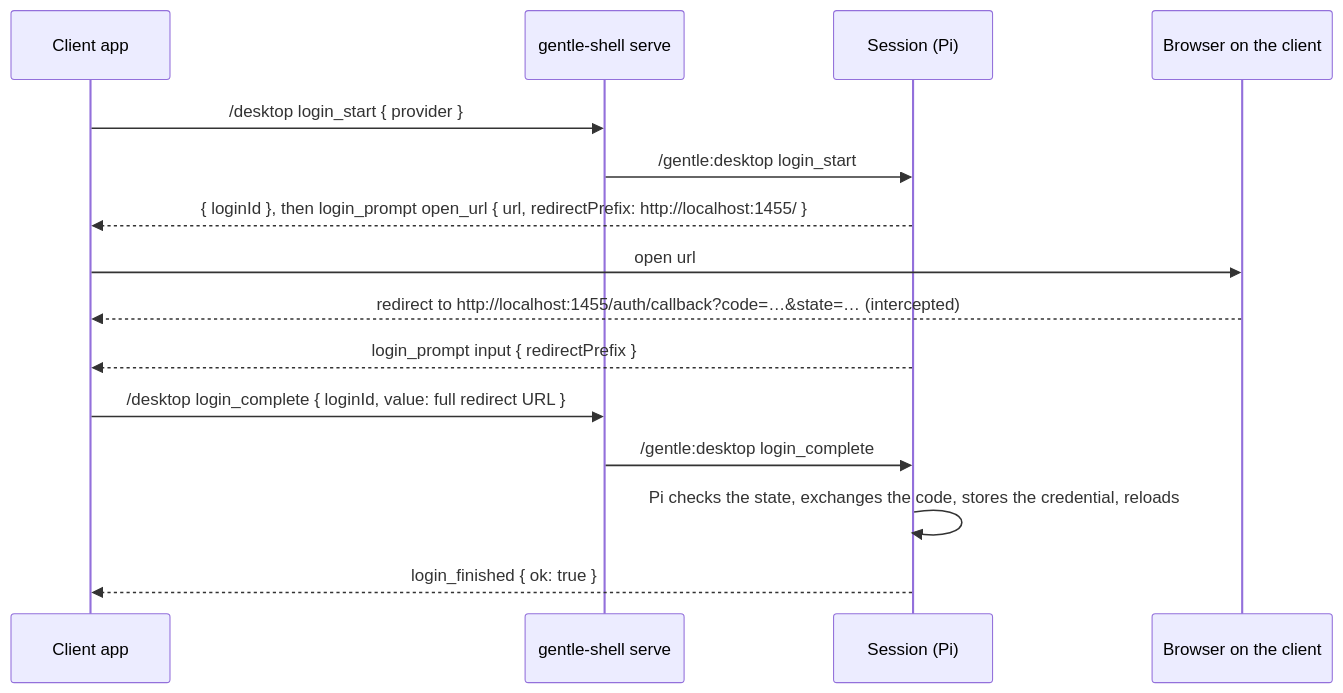
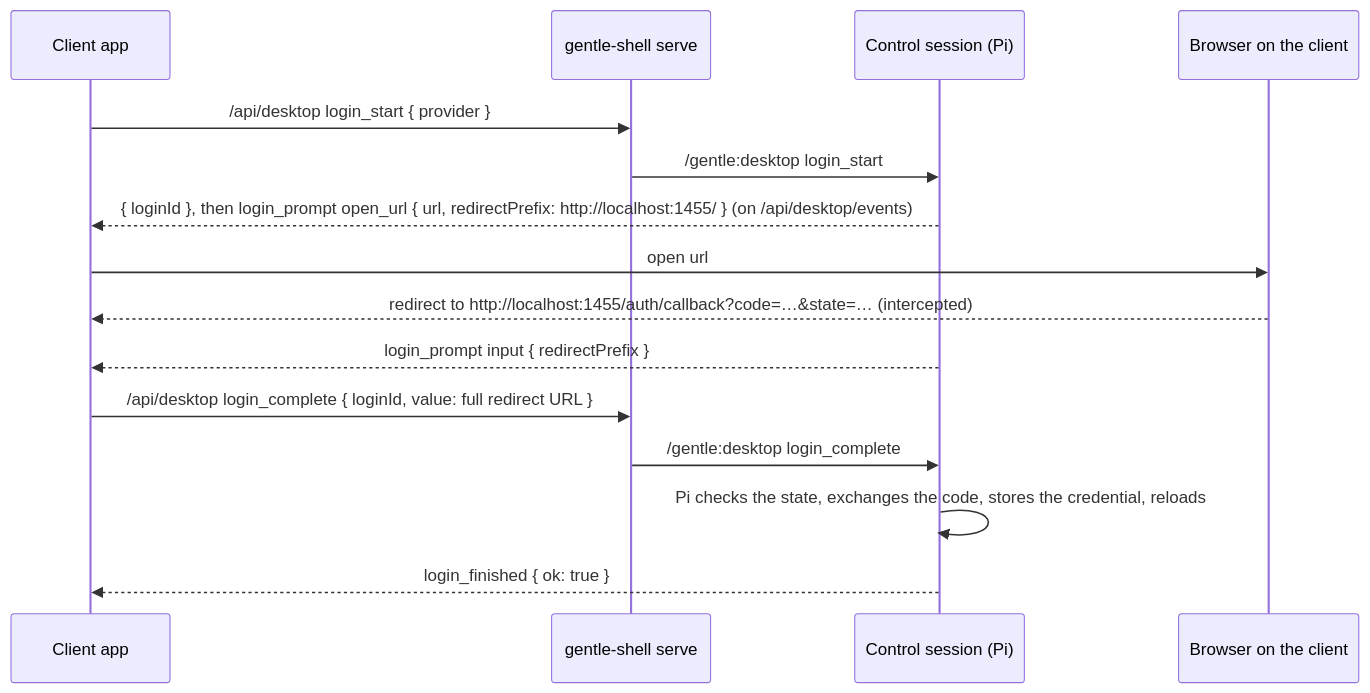
The seventh of 8 diagrams in docs/remote.md (Gentleman-Programming/gentle-shell), drawn with Mermaid before and after one commit. The commit also changed other lines of this file and 20 other files, not shown here.

First line of the commit message:
feat(serve): Desktop RPC without opening a session

````diff
--- a/docs/remote.md
+++ b/docs/remote.md
@@ -265,17 +267,17 @@
 ```mermaid
 sequenceDiagram
     participant App as Client app
     participant S as gentle-shell serve
-    participant Pi as Session (Pi)
+    participant Pi as Control session (Pi)
     participant B as Browser on the client
-    App->>S: /desktop login_start { provider }
+    App->>S: /api/desktop login_start { provider }
     S->>Pi: /gentle:desktop login_start
-    Pi-->>App: { loginId }, then login_prompt open_url { url, redirectPrefix: http://localhost:1455/ }
+    Pi-->>App: { loginId }, then login_prompt open_url { url, redirectPrefix: http://localhost:1455/ } (on /api/desktop/events)
     App->>B: open url
     B-->>App: redirect to http://localhost:1455/auth/callback?code=…&state=… (intercepted)
     Pi-->>App: login_prompt input { redirectPrefix }
-    App->>S: /desktop login_complete { loginId, value: full redirect URL }
+    App->>S: /api/desktop login_complete { loginId, value: full redirect URL }
     S->>Pi: /gentle:desktop login_complete
     Pi->>Pi: Pi checks the state, exchanges the code, stores the credential, reloads
     Pi-->>App: login_finished { ok: true }
 ```
````
